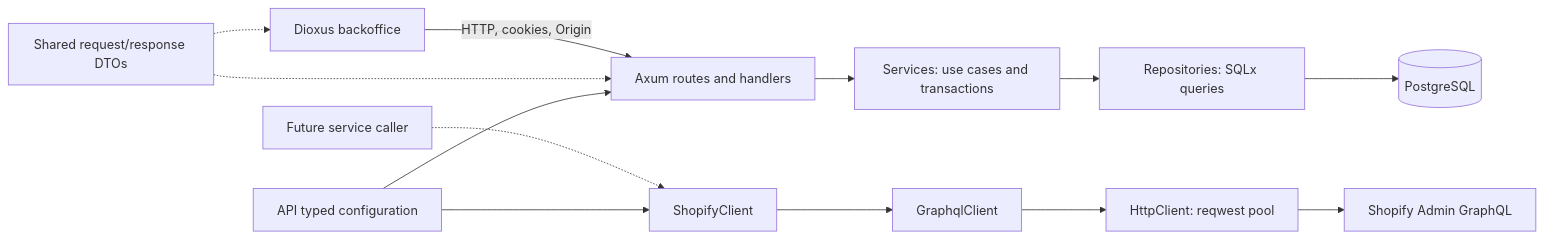
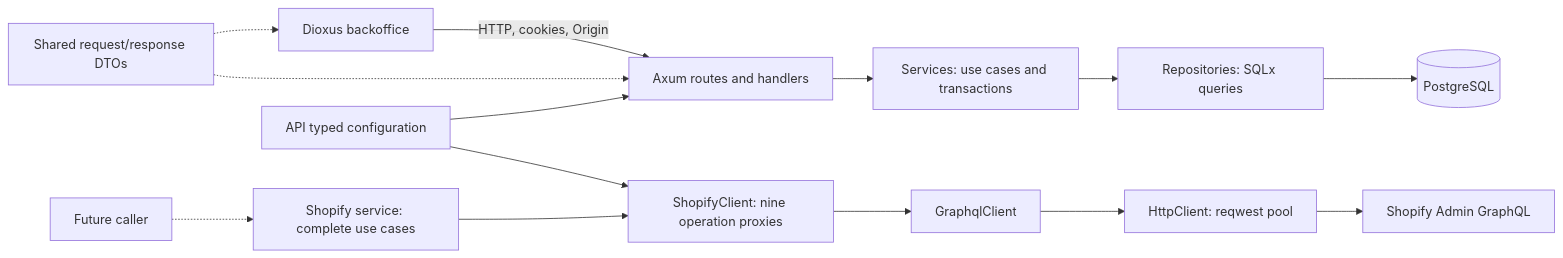
Before and after one commit to enzumeii/monolith: the first of 3 diagrams in docs/architecture.md, drawn with Mermaid. The commit also changed other lines of this file and 19 other files, not shown here.

Commit message:
refactor(api): separate Shopify proxies from service workflows

````diff
--- a/docs/architecture.md
+++ b/docs/architecture.md
@@ -7,15 +7,16 @@
 ```mermaid
 flowchart LR
     UI["Dioxus backoffice"] -->|"HTTP, cookies, Origin"| API["Axum routes and handlers"]
     API --> SERVICES["Services: use cases and transactions"]
     SERVICES --> REPO["Repositories: SQLx queries"]
     REPO --> DB[("PostgreSQL")]
     DOMAIN["Shared request/response DTOs"] -.-> UI
     DOMAIN -.-> API
-    CALLER["Future service caller"] -.-> SHOPIFY["ShopifyClient"]
+    CALLER["Future caller"] -.-> SHOPIFYSERVICE["Shopify service: complete use cases"]
+    SHOPIFYSERVICE --> SHOPIFY["ShopifyClient: nine operation proxies"]
     SHOPIFY --> GQL["GraphqlClient"]
     GQL --> HTTP["HttpClient: reqwest pool"]
     HTTP --> REMOTE["Shopify Admin GraphQL"]
     CONFIG["API typed configuration"] --> API
     CONFIG --> SHOPIFY
 ```
````
